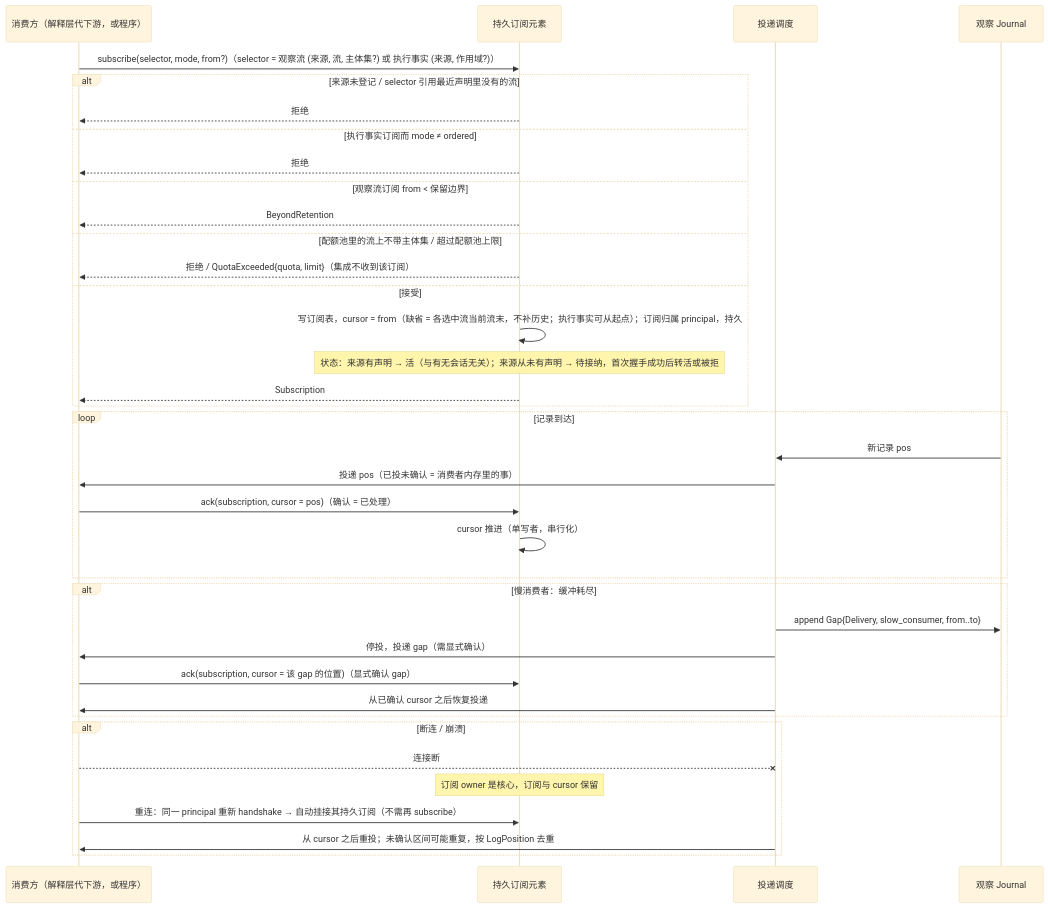
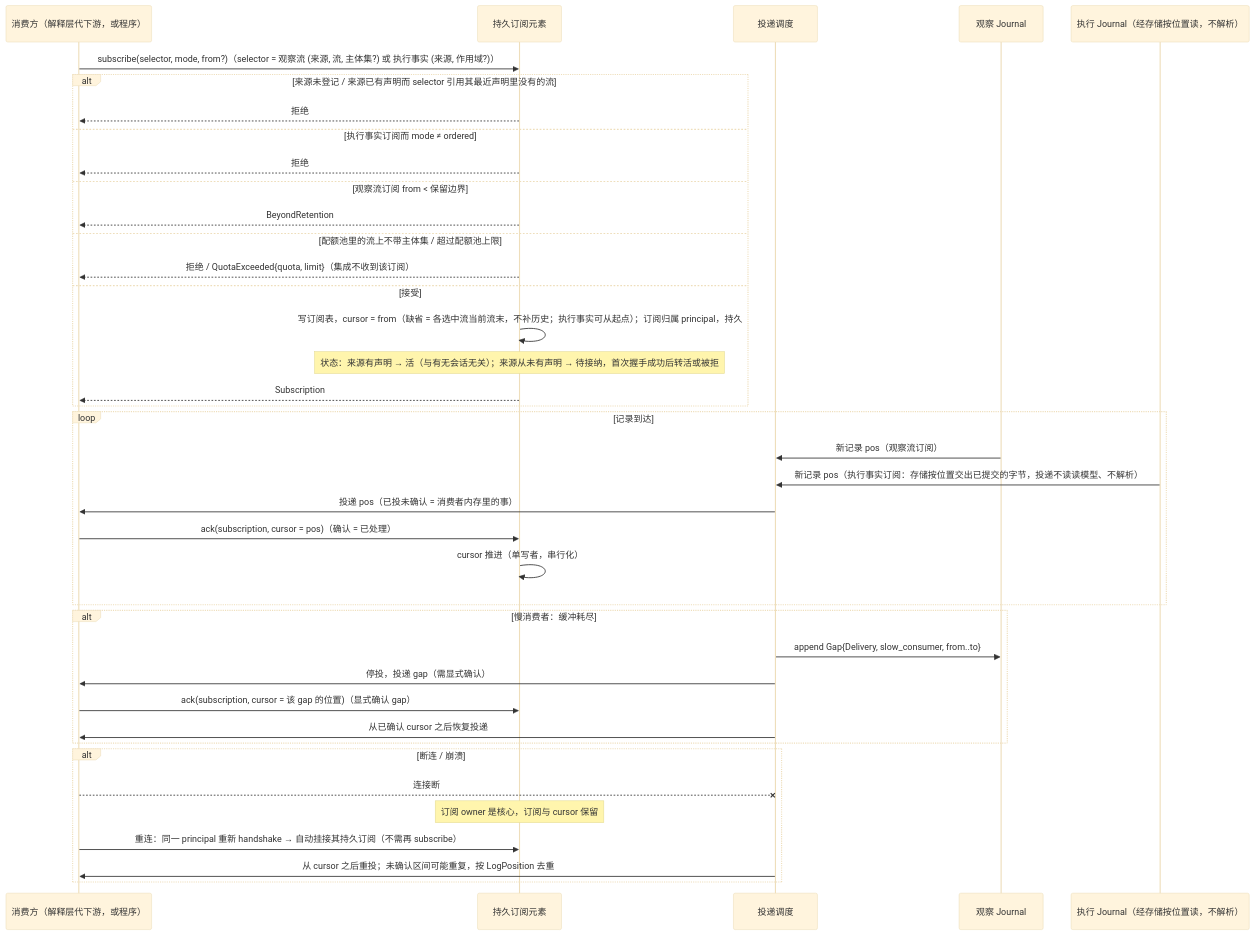
The fifth of 6 diagrams in design/diagrams/03-observation-ingest.md (mouriya-s-lab/uta), drawn with Mermaid (base theme) before and after one commit. The commit also changed other lines of this file and 17 other files, not shown here.

Commit message:
design: fix review contradictions — bypass as lane control record, per-leg blocking-head key, positions per identity, orders completeness only before compaction, readiness/backfill split, uses graph and writer tables, Starting semantics, references

````diff
--- a/design/diagrams/03-observation-ingest.md
+++ b/design/diagrams/03-observation-ingest.md
@@ -110,39 +120,41 @@
 ```mermaid
 sequenceDiagram
   participant C as 消费方（解释层代下游，或程序）
   participant SUB as 持久订阅元素
   participant DL as 投递调度
   participant J as 观察 Journal
+  participant EJ as 执行 Journal（经存储按位置读，不解析）
   C->>SUB: subscribe(selector, mode, from?)（selector = 观察流 (来源, 流, 主体集?) 或 执行事实 (来源, 作用域?)）
-  alt 来源未登记 / selector 引用最近声明里没有的流
+  alt 来源未登记 / 来源已有声明而 selector 引用其最近声明里没有的流
     SUB-->>C: 拒绝
   else 执行事实订阅而 mode ≠ ordered
     SUB-->>C: 拒绝
   else 观察流订阅 from < 保留边界
     SUB-->>C: BeyondRetention
   else 配额池里的流上不带主体集 / 超过配额池上限
     SUB-->>C: 拒绝 / QuotaExceeded{quota, limit}（集成不收到该订阅）
   else 接受
     SUB->>SUB: 写订阅表，cursor = from（缺省 = 各选中流当前流末，不补历史；执行事实可从起点）；订阅归属 principal，持久
     Note over SUB: 状态：来源有声明 → 活（与有无会话无关）；来源从未有声明 → 待接纳，首次握手成功后转活或被拒
     SUB-->>C: Subscription
   end
   loop 记录到达
-    J->>DL: 新记录 pos
+    J->>DL: 新记录 pos（观察流订阅）
+    EJ->>DL: 新记录 pos（执行事实订阅：存储按位置交出已提交的字节，投递不读读模型、不解析）
     DL->>C: 投递 pos（已投未确认 = 消费者内存里的事）
     C->>SUB: ack(subscription, cursor = pos)（确认 = 已处理）
     SUB->>SUB: cursor 推进（单写者，串行化）
   end
   alt 慢消费者：缓冲耗尽
     DL->>J: append Gap{Delivery, slow_consumer, from..to}
     DL->>C: 停投，投递 gap（需显式确认）
     C->>SUB: ack(subscription, cursor = 该 gap 的位置)（显式确认 gap）
     DL->>C: 从已确认 cursor 之后恢复投递
   end
   alt 断连 / 崩溃
     C--xDL: 连接断
     Note over SUB: 订阅 owner 是核心，订阅与 cursor 保留
     C->>SUB: 重连：同一 principal 重新 handshake → 自动挂接其持久订阅（不需再 subscribe）
     DL->>C: 从 cursor 之后重投；未确认区间可能重复，按 LogPosition 去重
   end
 ```
````
